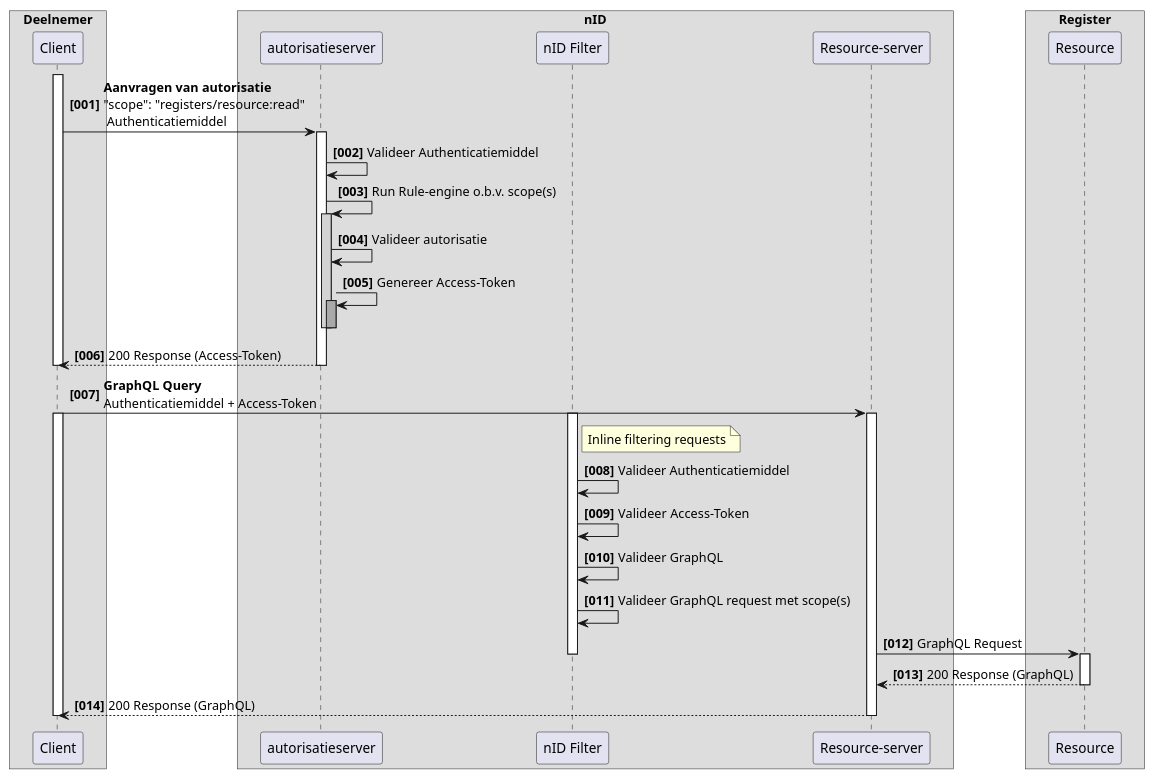
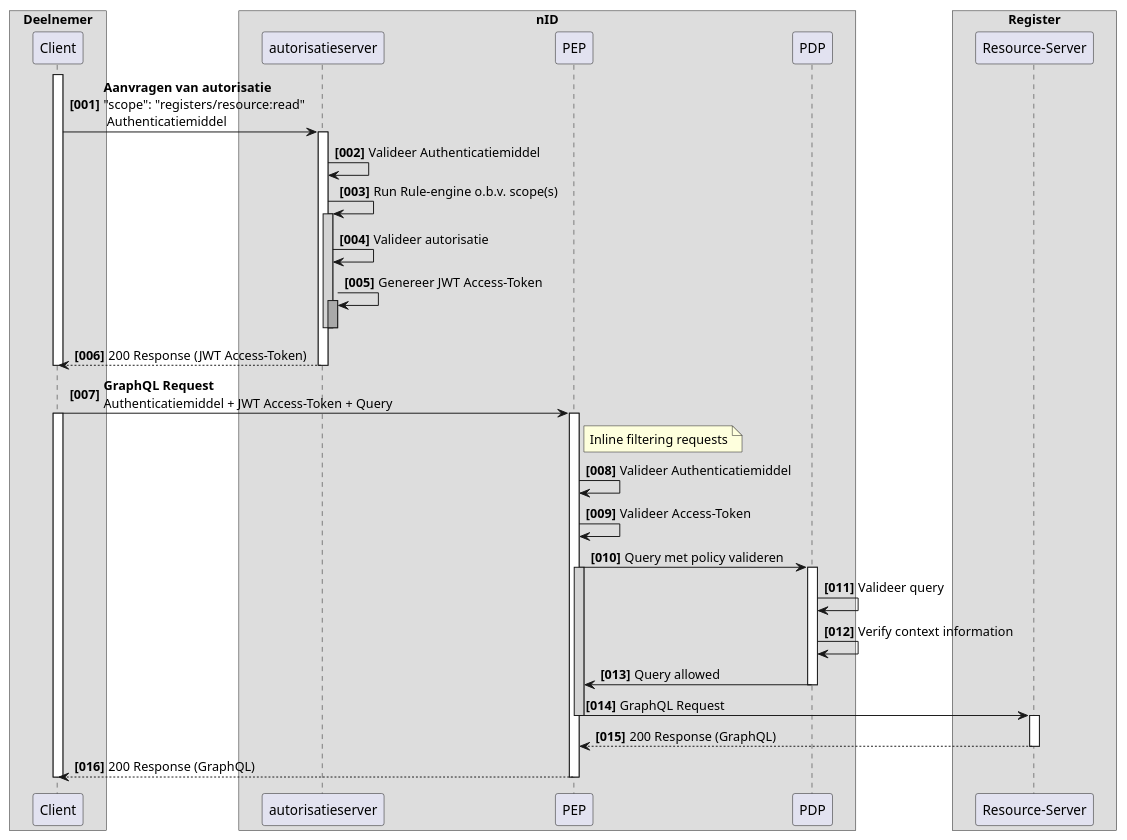
One commit to iStandaarden/iWlz-RequestForComment changed the diagram in plantUMLsrc/rfc0014-01-aanvragen_autorisatie.puml. Above: the diagram before and after it, drawn with PlantUML. The commit also changed 8 other files, not shown here.

```diff
--- a/plantUMLsrc/rfc0014-01-aanvragen_autorisatie.puml
+++ b/plantUMLsrc/rfc0014-01-aanvragen_autorisatie.puml
@@ -1,58 +1,66 @@
 @startuml rfc0014-01-aanvragen_autorisatie
 ' !pragma teoz true
 
 skinparam ParticipantPadding 20
 skinparam BoxPadding 10
 
 box "Deelnemer"
     participant "Client" as Client
 end box
 
 box "nID"
     participant "autorisatieserver" as AuthzServer
-    participant "nID Filter" as Filter
-    participant "Resource-server" as nIDResourceServer
+    participant "PEP" as PEP
+    participant "PDP" as PDP
 end box
 
 box "Register"
-    participant "Resource" as BEMRegister
+    participant "Resource-Server" as resourceserver
 end box
 
 autonumber "<b>[000]"
 activate Client
     Client -> AuthzServer: **Aanvragen van autorisatie**\n"scope": "registers/resource:read"\n Authenticatiemiddel
     activate AuthzServer
         AuthzServer -> AuthzServer: Valideer Authenticatiemiddel
         AuthzServer -> AuthzServer: Run Rule-engine o.b.v. scope(s)
         activate AuthzServer #LightGray
             AuthzServer -> AuthzServer: Valideer autorisatie
-            AuthzServer -> AuthzServer: Genereer Access-Token
+            AuthzServer -> AuthzServer: Genereer JWT Access-Token
             activate AuthzServer #DarkGray
             deactivate AuthzServer
         deactivate AuthzServer
-        AuthzServer --> Client --: 200 Response (Access-Token)
+        AuthzServer --> Client --: 200 Response (JWT Access-Token)
     deactivate AuthzServer
 deactivate Client
 
-Client -> nIDResourceServer: **GraphQL Query**\nAuthenticatiemiddel + Access-Token
-activate nIDResourceServer
-activate Filter
-note right of Filter: Inline filtering requests
+
+Client -> PEP: **GraphQL Request**\nAuthenticatiemiddel + JWT Access-Token + Query 
 activate Client
-Filter -> Filter: Valideer Authenticatiemiddel
-Filter -> Filter: Valideer Access-Token
-Filter -> Filter: Valideer GraphQL
-Filter -> Filter: Valideer GraphQL request met scope(s)
 
-nIDResourceServer -> BEMRegister: GraphQL Request
-deactivate Filter
-activate BEMRegister
 
-BEMRegister --> nIDResourceServer: 200 Response (GraphQL)
-deactivate BEMRegister
+    activate PEP
+    note right of PEP: Inline filtering requests
 
-nIDResourceServer --> Client: 200 Response (GraphQL)
-deactivate nIDResourceServer
+    PEP -> PEP: Valideer Authenticatiemiddel
+    PEP -> PEP: Valideer Access-Token
+    PEP -> PDP: Query met policy valideren
+        activate PEP #LightGray
+            activate PDP
+                PDP -> PDP: Valideer query
+                PDP -> PDP: Verify context information    
+                PDP -> PEP: Query allowed
+            deactivate PDP
+            PEP -> resourceserver: GraphQL Request
+        deactivate PEP
+
+        activate resourceserver
+            resourceserver --> PEP: 200 Response (GraphQL)
+        deactivate resourceserver
+    
+    PEP --> Client: 200 Response (GraphQL)
+    deactivate PEP
 
 deactivate Client
+
 @enduml
```
